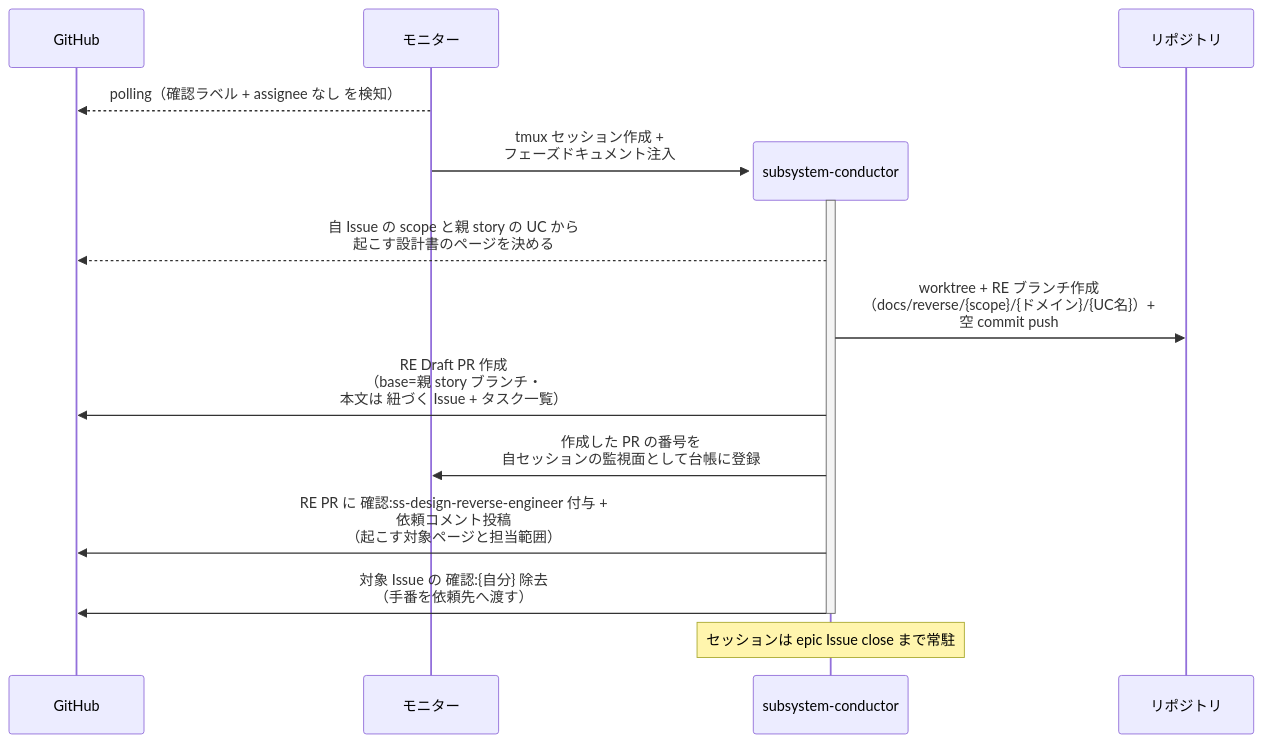
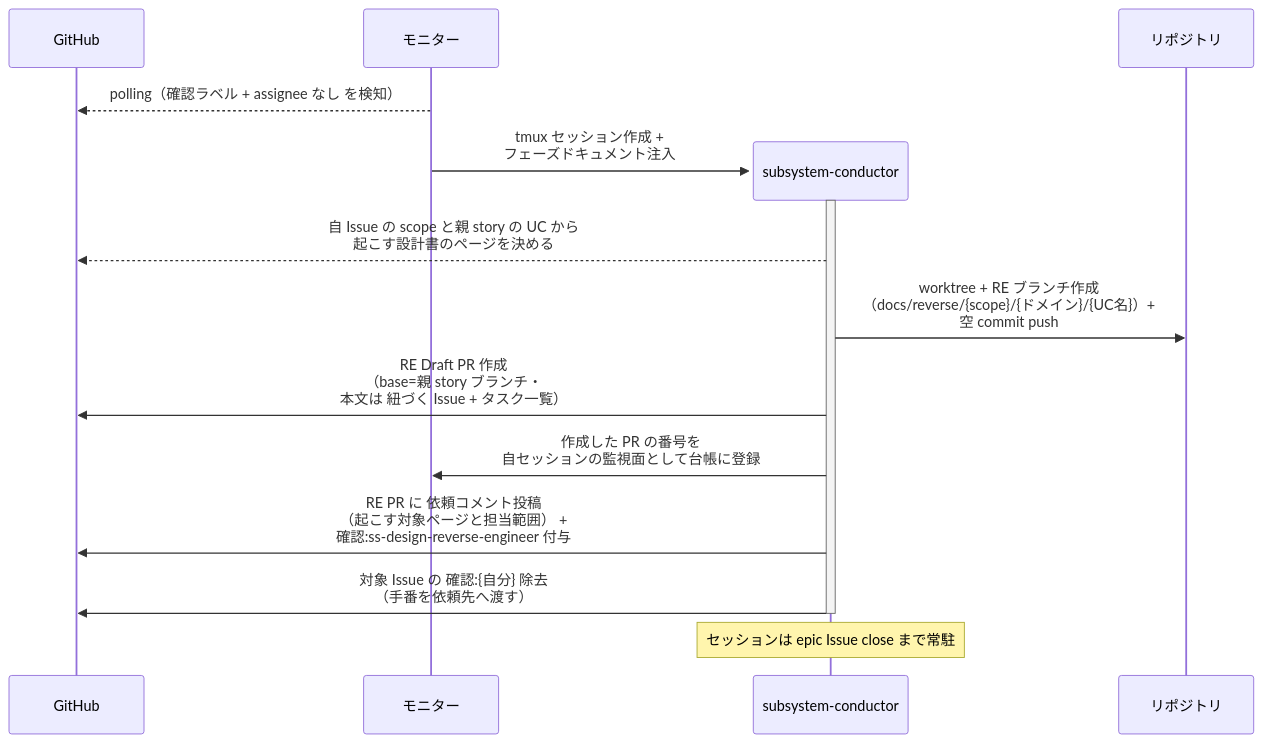
One commit to shuhei1101/ai-monitor changed the first of 3 diagrams in docs/wiki/設計図/シナリオ/単一ユースケース/リバースエンジニアリング起動.md. Above: the diagram before and after it, drawn with Mermaid. The commit also changed other lines of this file and 29 other files, not shown here.

````diff
--- a/docs/wiki/設計図/シナリオ/単一ユースケース/リバースエンジニアリング起動.md
+++ b/docs/wiki/設計図/シナリオ/単一ユースケース/リバースエンジニアリング起動.md
@@ -38,19 +38,19 @@
 ```mermaid
 sequenceDiagram
   participant GH as GitHub
   participant ORC as モニター
 
   ORC-->>GH: polling（確認ラベル + assignee なし を検知）
   create participant MON as subsystem-conductor
   ORC->>MON: tmux セッション作成 +<br>フェーズドキュメント注入
   activate MON
   participant REPO as リポジトリ
   MON-->>GH: 自 Issue の scope と親 story の UC から<br>起こす設計書のページを決める
   MON->>REPO: worktree + RE ブランチ作成<br>（docs/reverse/{scope}/{ドメイン}/{UC名}）+<br>空 commit push
   MON->>GH: RE Draft PR 作成<br>（base=親 story ブランチ・<br>本文は 紐づく Issue + タスク一覧）
   MON->>ORC: 作成した PR の番号を<br>自セッションの監視面として台帳に登録
-  MON->>GH: RE PR に 確認:ss-design-reverse-engineer 付与 +<br>依頼コメント投稿<br>（起こす対象ページと担当範囲）
+  MON->>GH: RE PR に 依頼コメント投稿<br>（起こす対象ページと担当範囲） +<br>確認:ss-design-reverse-engineer 付与
   MON->>GH: 対象 Issue の 確認:{自分} 除去<br>（手番を依頼先へ渡す）
   deactivate MON
   Note over MON: セッションは epic Issue close まで常駐
 ```
````
